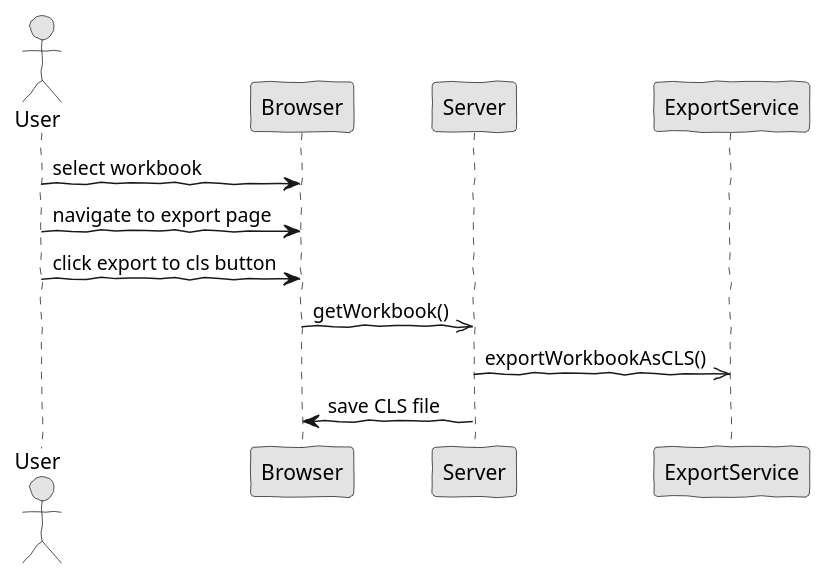
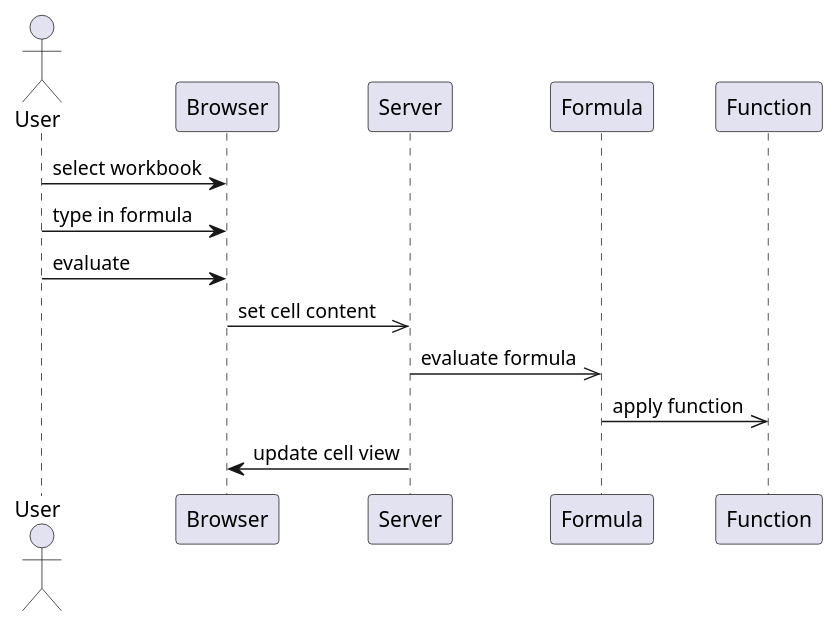
Before and after one commit to Fuel4us/EventManagingApp: the diagram in docs/red/1160629/sp3/analysis.puml, drawn with PlantUML. The commit also changed 5 other files, not shown here.

```diff
--- a/docs/red/1160629/sp3/analysis.puml
+++ b/docs/red/1160629/sp3/analysis.puml
@@ -1,19 +1,19 @@
 @startuml  analysis.png
-skinparam handwritten true
-skinparam monochrome true
 skinparam packageStyle rect
 skinparam defaultFontName FG Virgil
 skinparam shadowing false
 
 actor User
 
 User -> Browser : select workbook
-User -> Browser : navigate to export page
-User -> Browser : click export to cls button
+User -> Browser : type in formula
+User -> Browser : evaluate
 
-Browser ->> Server : getWorkbook()
+Browser ->> Server : set cell content
 
-Server ->> ExportService : exportWorkbookAsCLS()
+Server ->> Formula : evaluate formula
 
-Server -> Browser : save CLS file
+Formula ->> Function : apply function
+
+Server -> Browser : update cell view
 @enduml
```
